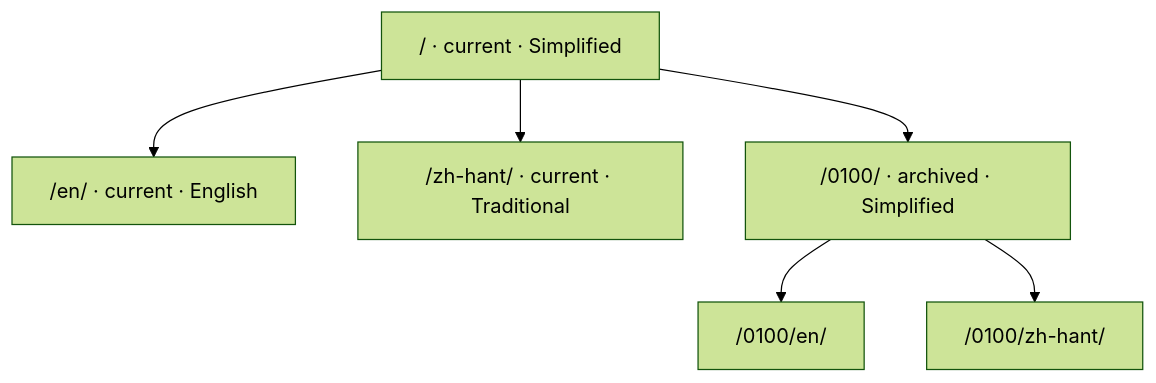
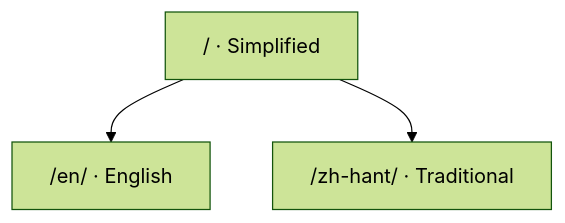
The diagram in content/about/index.en.md (rwr-infra/rwr-mapbook), drawn with Mermaid (forest theme) before and after one commit. The commit also changed other lines of this file and 461 other files, not shown here.

````diff
--- a/content/about/index.en.md
+++ b/content/about/index.en.md
@@ -37,8 +37,5 @@
 ```mermaid
 graph TD
-  A["/ · current · Simplified"] --> B["/en/ · current · English"]
-  A --> C["/zh-hant/ · current · Traditional"]
-  A --> D["/0100/ · archived · Simplified"]
-  D --> E["/0100/en/"]
-  D --> F["/0100/zh-hant/"]
+  A["/ · Simplified"] --> B["/en/ · English"]
+  A --> C["/zh-hant/ · Traditional"]
 ```
````
